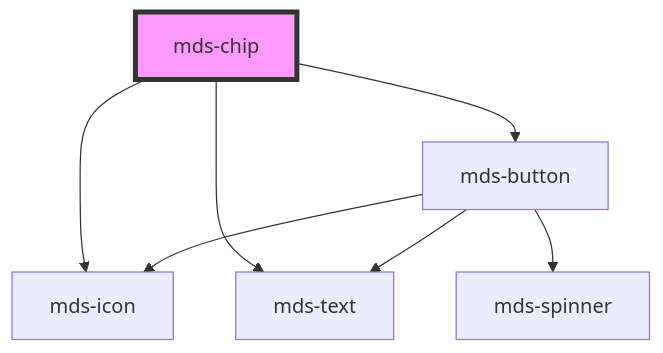
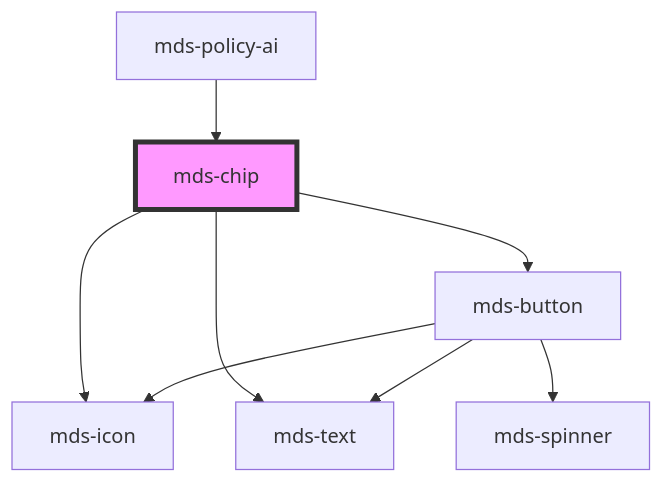
The diagram in projects/stencil/src/components/mds-chip/readme.md (magma-design-system/magma), drawn with Mermaid before and after one commit. The commit also changed other lines of this file and 16 other files, not shown here.

````diff
--- a/projects/stencil/src/components/mds-chip/readme.md
+++ b/projects/stencil/src/components/mds-chip/readme.md
@@ -55,10 +59,11 @@
 ```mermaid
 graph TD;
   mds-chip --> mds-icon
   mds-chip --> mds-text
   mds-chip --> mds-button
   mds-button --> mds-spinner
   mds-button --> mds-icon
   mds-button --> mds-text
+  mds-policy-ai --> mds-chip
   style mds-chip fill:#f9f,stroke:#333,stroke-width:4px
 ```
````
